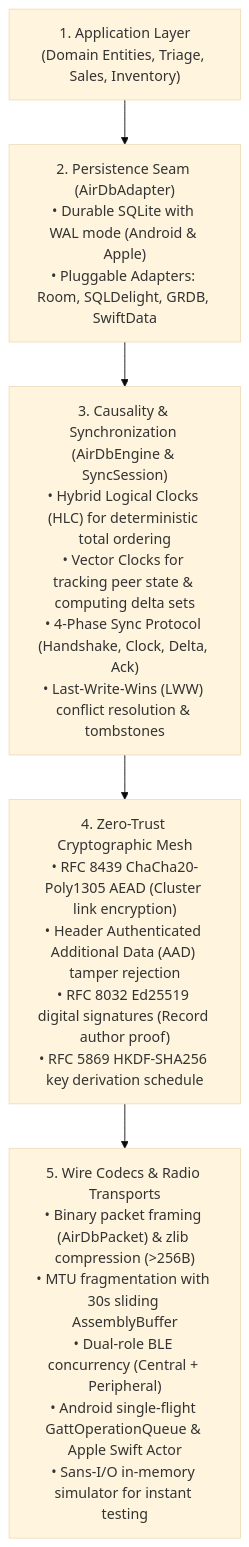
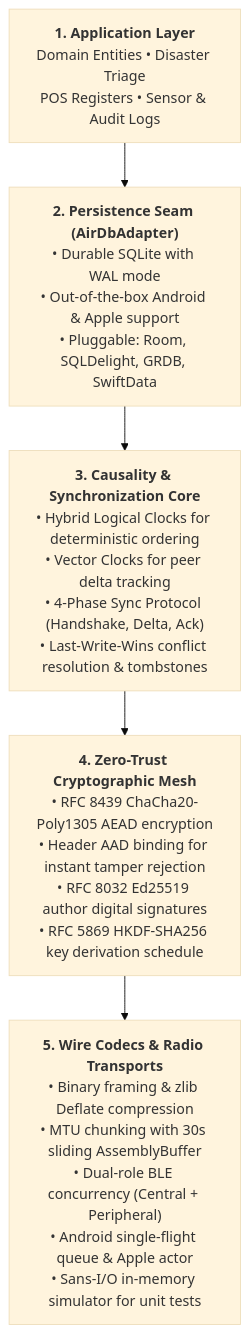
One commit to untacorp/airdb changed the diagram in docs/manual/index.md. Above: the diagram before and after it, drawn with Mermaid (base theme). The commit also changed 6 other files, not shown here.

Commit message:
docs: optimize mermaid label wrapping and responsive containment css

````diff
--- a/docs/manual/index.md
+++ b/docs/manual/index.md
@@ -11,13 +11,13 @@
 ```mermaid
 flowchart TD
-    L1["1. Application Layer<br/>(Domain Entities, Triage, Sales, Inventory)"]
-    L2["2. Persistence Seam (AirDbAdapter)<br/>• Durable SQLite with WAL mode (Android & Apple)<br/>• Pluggable Adapters: Room, SQLDelight, GRDB, SwiftData"]
-    L3["3. Causality & Synchronization (AirDbEngine & SyncSession)<br/>• Hybrid Logical Clocks (HLC) for deterministic total ordering<br/>• Vector Clocks for tracking peer state & computing delta sets<br/>• 4-Phase Sync Protocol (Handshake, Clock, Delta, Ack)<br/>• Last-Write-Wins (LWW) conflict resolution & tombstones"]
-    L4["4. Zero-Trust Cryptographic Mesh<br/>• RFC 8439 ChaCha20-Poly1305 AEAD (Cluster link encryption)<br/>• Header Authenticated Additional Data (AAD) tamper rejection<br/>• RFC 8032 Ed25519 digital signatures (Record author proof)<br/>• RFC 5869 HKDF-SHA256 key derivation schedule"]
-    L5["5. Wire Codecs & Radio Transports<br/>• Binary packet framing (AirDbPacket) & zlib compression (>256B)<br/>• MTU fragmentation with 30s sliding AssemblyBuffer<br/>• Dual-role BLE concurrency (Central + Peripheral)<br/>• Android single-flight GattOperationQueue & Apple Swift Actor<br/>• Sans-I/O in-memory simulator for instant testing"]
+    L1["<b>1. Application Layer</b><br/>Domain Entities • Disaster Triage<br/>POS Registers • Sensor & Audit Logs"]
+    L2["<b>2. Persistence Seam (AirDbAdapter)</b><br/>• Durable SQLite with WAL mode<br/>• Out-of-the-box Android & Apple support<br/>• Pluggable: Room, SQLDelight, GRDB, SwiftData"]
+    L3["<b>3. Causality & Synchronization Core</b><br/>• Hybrid Logical Clocks for deterministic ordering<br/>• Vector Clocks for peer delta tracking<br/>• 4-Phase Sync Protocol (Handshake, Delta, Ack)<br/>• Last-Write-Wins conflict resolution & tombstones"]
+    L4["<b>4. Zero-Trust Cryptographic Mesh</b><br/>• RFC 8439 ChaCha20-Poly1305 AEAD encryption<br/>• Header AAD binding for instant tamper rejection<br/>• RFC 8032 Ed25519 author digital signatures<br/>• RFC 5869 HKDF-SHA256 key derivation schedule"]
+    L5["<b>5. Wire Codecs & Radio Transports</b><br/>• Binary framing & zlib Deflate compression<br/>• MTU chunking with 30s sliding AssemblyBuffer<br/>• Dual-role BLE concurrency (Central + Peripheral)<br/>• Android single-flight queue & Apple actor<br/>• Sans-I/O in-memory simulator for unit tests"]
 
     L1 --> L2
     L2 --> L3
     L3 --> L4
     L4 --> L5
 ```
````
